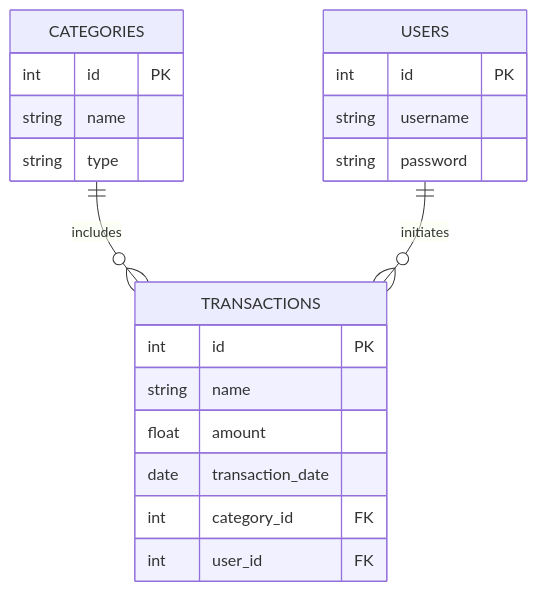
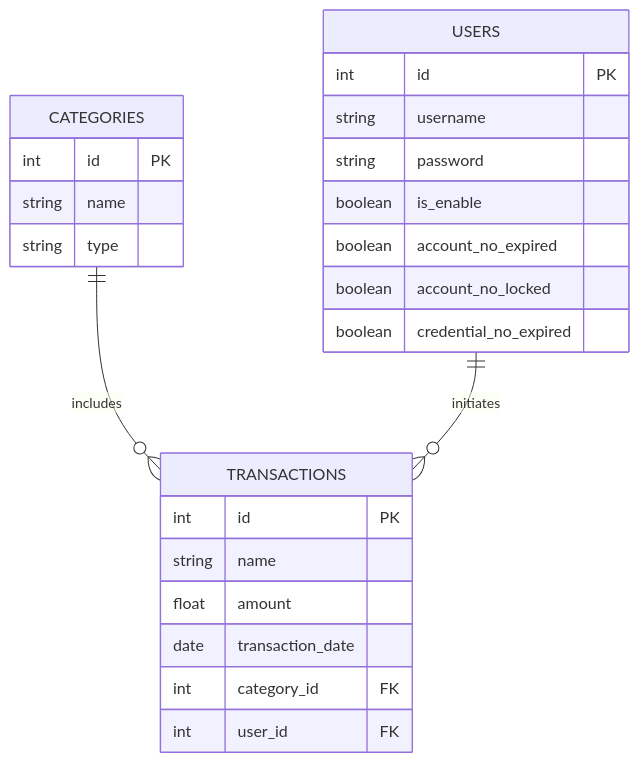
Before and after one commit to wikicode96/personal-finance: the diagram in db/README.md, drawn with Mermaid. The commit also changed 1 other file, not shown here.

````diff
--- a/db/README.md
+++ b/db/README.md
@@ -2,24 +2,28 @@
 ```mermaid
 erDiagram
     CATEGORIES {
         int id PK
         string name
         string type
     }
     TRANSACTIONS {
         int id PK
         string name
         float amount
         date transaction_date
         int category_id FK
         int user_id FK
     }
     USERS {
         int id PK
         string username
         string password
+        boolean is_enable
+        boolean account_no_expired
+        boolean account_no_locked
+        boolean credential_no_expired
     }
 
     CATEGORIES ||--o{ TRANSACTIONS : includes
     USERS ||--o{ TRANSACTIONS : initiates
 ```
````
